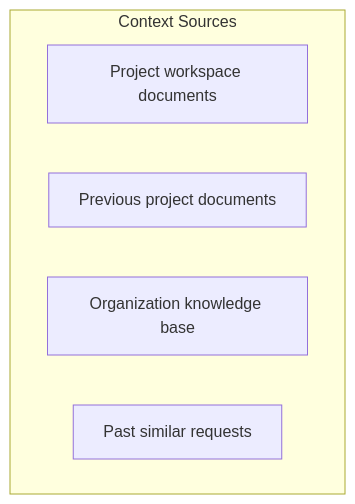
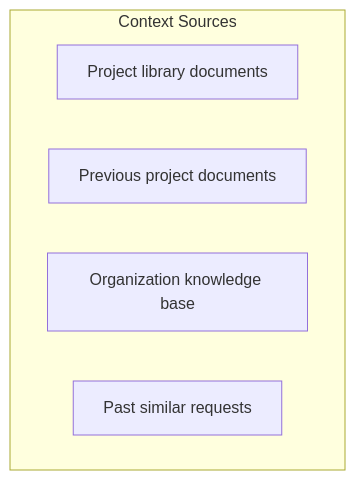
Before and after one commit to Fabric-Pro/fabric-oss: the third of 6 diagrams in apps/web/content/docs/agents/overview.mdx, drawn with Mermaid. The commit also changed 1129 other files, not shown here.

````diff
--- a/apps/web/content/docs/agents/overview.mdx
+++ b/apps/web/content/docs/agents/overview.mdx
@@ -155,9 +155,9 @@
 ```mermaid
 flowchart TB
     subgraph CTX["Context Sources"]
-        C1["Project workspace documents"]
+        C1["Project library documents"]
         C2["Previous project documents"]
         C3["Organization knowledge base"]
         C4["Past similar requests"]
     end
 ```
````
